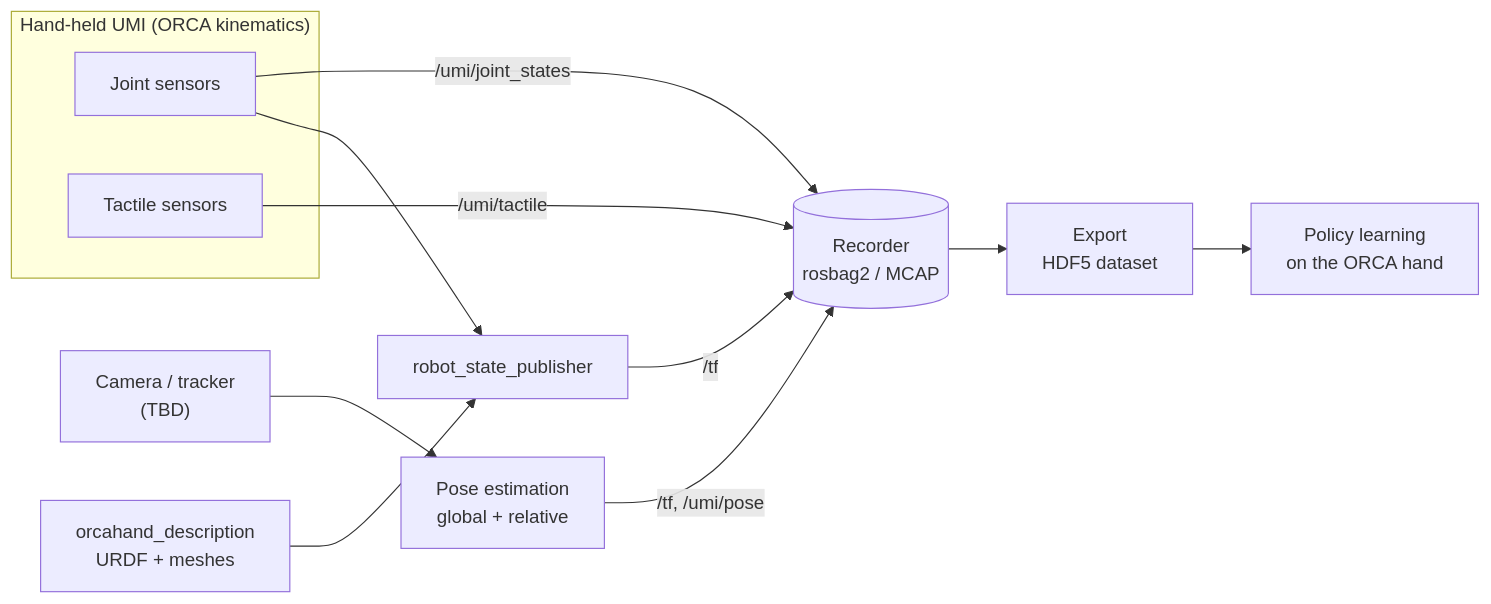
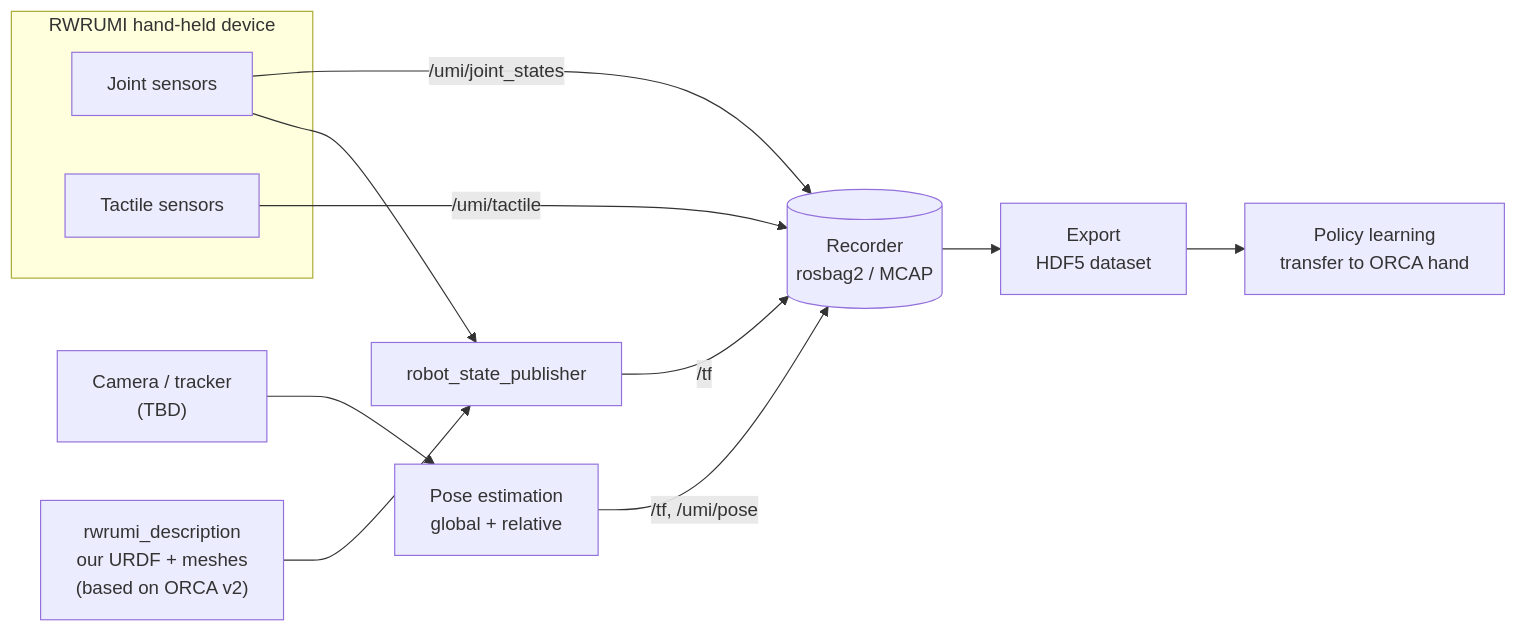
Before and after one commit to erhell/RWRUMI: the diagram in README.md, drawn with Mermaid. The commit also changed other lines of this file and 1 other file, not shown here.

First line of the commit message:
Document RWRUMI as own system based on copied ORCA files

````diff
--- a/README.md
+++ b/README.md
@@ -28,20 +32,20 @@
 ```mermaid
 flowchart LR
-    subgraph UMI["Hand-held UMI (ORCA kinematics)"]
+    subgraph UMI["RWRUMI hand-held device"]
         J[Joint sensors]
         T[Tactile sensors]
     end
     C["Camera / tracker<br/>(TBD)"]
 
     J -->|/umi/joint_states| R
     T -->|/umi/tactile| R
     C --> P[Pose estimation<br/>global + relative]
     P -->|/tf, /umi/pose| R
 
-    D[orcahand_description<br/>URDF + meshes] --> S[robot_state_publisher]
+    D["rwrumi_description<br/>our URDF + meshes<br/>(based on ORCA v2)"] --> S[robot_state_publisher]
     J --> S
     S -->|/tf| R
 
     R[(Recorder<br/>rosbag2 / MCAP)] --> E[Export<br/>HDF5 dataset]
-    E --> L[Policy learning<br/>on the ORCA hand]
+    E --> L[Policy learning<br/>transfer to ORCA hand]
 ```
````
